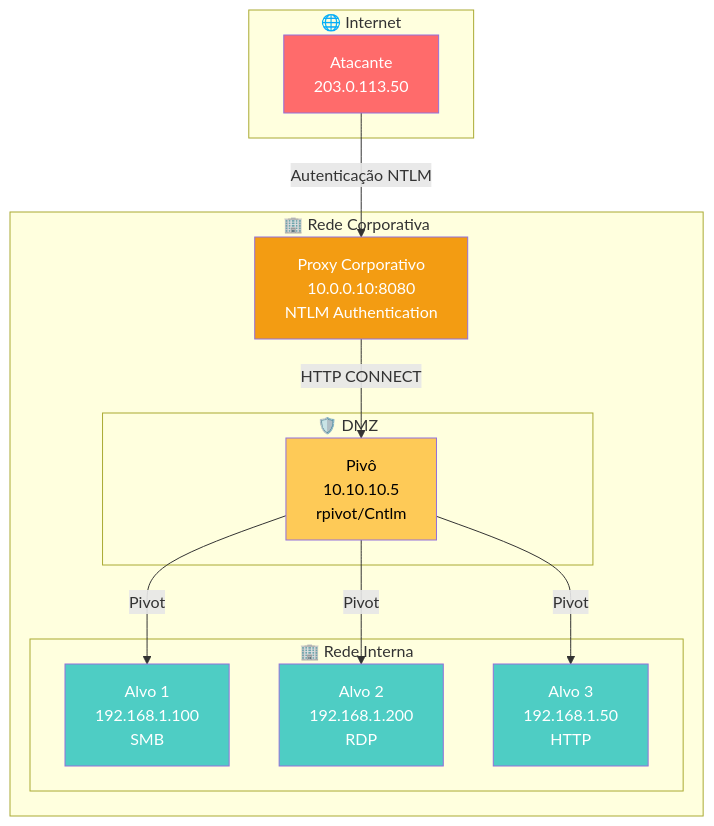
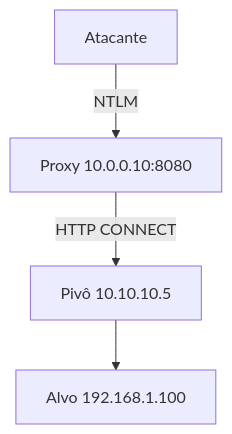
One commit to Guilherme-alexander/CyberSecurity changed diagram 13 of 20 in RedTeam/Guia_Pivoting/pivoting.md. Above: the diagram before and after it, drawn with Mermaid. The commit also changed other lines of this file, not shown here.

````diff
--- a/RedTeam/Guia_Pivoting/pivoting.md
+++ b/RedTeam/Guia_Pivoting/pivoting.md
@@ -545,33 +256,6 @@
 ```mermaid
-flowchart TB
-    subgraph EXTERNO["🌐 Internet"]
-        ATK[Atacante<br/>203.0.113.50]
-    end
-    
-    subgraph CORP["🏢 Rede Corporativa"]
-        PROXY[Proxy Corporativo<br/>10.0.0.10:8080<br/>NTLM Authentication]
-        
-        subgraph DMZ["🛡️ DMZ"]
-            PIVO[Pivô<br/>10.10.10.5<br/>rpivot/Cntlm]
-        end
-        
-        subgraph INTERNA["🏢 Rede Interna"]
-            ALVO1[Alvo 1<br/>192.168.1.100<br/>SMB]
-            ALVO2[Alvo 2<br/>192.168.1.200<br/>RDP]
-            ALVO3[Alvo 3<br/>192.168.1.50<br/>HTTP]
-        end
-    end
-    
-    ATK -->|Autenticação NTLM| PROXY
-    PROXY -->|HTTP CONNECT| PIVO
-    PIVO -->|Pivot| ALVO1
-    PIVO -->|Pivot| ALVO2
-    PIVO -->|Pivot| ALVO3
-    
-    style ATK fill:#ff6b6b,color:#fff
-    style PROXY fill:#f39c12,color:#fff
-    style PIVO fill:#feca57,color:#000
-    style ALVO1 fill:#4ecdc4,color:#fff
-    style ALVO2 fill:#4ecdc4,color:#fff
-    style ALVO3 fill:#4ecdc4,color:#fff
+graph TD
+    ATK[Atacante] -->|NTLM| PROXY[Proxy 10.0.0.10:8080]
+    PROXY -->|HTTP CONNECT| PIVO[Pivô 10.10.10.5]
+    PIVO --> ALVO[Alvo 192.168.1.100]
 ```
````
